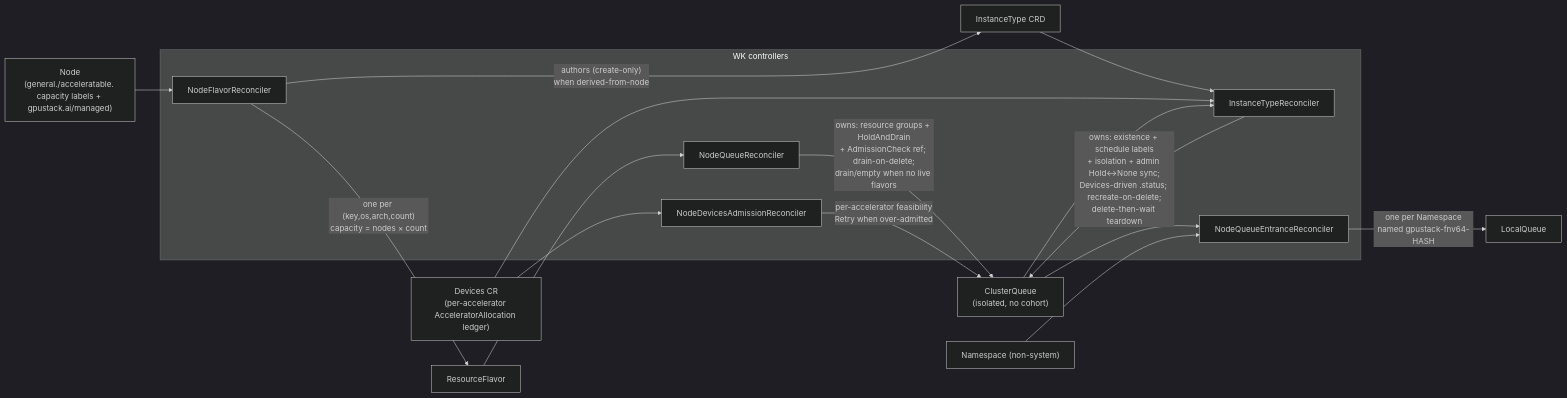
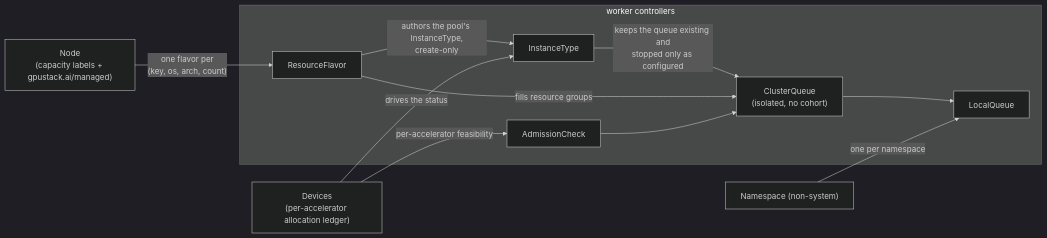
Before and after one commit to gpustack/gpustack-operator: the diagram in docs/modules/devices/scheduling.md, drawn with Mermaid (dark theme). The commit also changed other lines of this file and 55 other files, not shown here.

````diff
--- a/docs/modules/devices/scheduling.md
+++ b/docs/modules/devices/scheduling.md
@@ -233,28 +229,23 @@
 ```mermaid
 flowchart LR
-    NODE["Node<br/>(general./acceleratable. capacity labels + gpustack.ai/managed)"]
-    DEV["Devices CR<br/>(per-accelerator AcceleratorAllocation ledger)"]
+    NODE["Node<br/>(capacity labels + gpustack.ai/managed)"]
+    DEV["Devices<br/>(per-accelerator allocation ledger)"]
 
-    subgraph controllers["WK controllers"]
-        NFR["NodeFlavorReconciler"]
-        ITR["InstanceTypeReconciler"]
-        NQR["NodeQueueReconciler"]
-        NQE["NodeQueueEntranceReconciler"]
-        AC["NodeDevicesAdmissionReconciler"]
+    subgraph controllers["worker controllers"]
+        RF["ResourceFlavor"]
+        IT["InstanceType"]
+        CQ["ClusterQueue<br/>(isolated, no cohort)"]
+        LQ["LocalQueue"]
+        AC["AdmissionCheck"]
     end
 
-    NODE --> NFR
-    NFR -- "one per (key,os,arch,count)<br/>capacity = nodes × count" --> RF["ResourceFlavor"]
-    NFR -- "authors (create-only)<br/>when derived-from-node" --> IT["InstanceType CRD"]
-    IT --> ITR
-    DEV --> ITR
-    ITR -- "owns: existence + schedule labels<br/>+ isolation + admin Hold↔None sync;<br/>Devices-driven .status; recreate-on-delete;<br/>delete-then-wait teardown" --> CQ["ClusterQueue<br/>(isolated, no cohort)"]
-    RF --> NQR
-    NQR -- "owns: resource groups + HoldAndDrain<br/>+ AdmissionCheck ref; drain-on-delete;<br/>drain/empty when no live flavors" --> CQ
-    CQ --> ITR
-    CQ --> NQE
-    NS["Namespace (non-system)"] --> NQE
-    NQE -- "one per Namespace<br/>named gpustack-fnv64-HASH" --> LQ["LocalQueue"]
-    DEV --> AC
-    AC -- "per-accelerator feasibility<br/>Retry when over-admitted" --> CQ
+    NODE -- "one flavor per<br/>(key, os, arch, count)" --> RF
+    RF -- "authors the pool's InstanceType,<br/>create-only" --> IT
+    DEV -- "drives the status" --> IT
+    IT -- "keeps the queue existing and<br/>stopped only as configured" --> CQ
+    RF -- "fills resource groups" --> CQ
+    CQ --> LQ
+    NS["Namespace (non-system)"] -- "one per namespace" --> LQ
+    DEV -- "per-accelerator feasibility" --> AC
+    AC --> CQ
 ```
````
